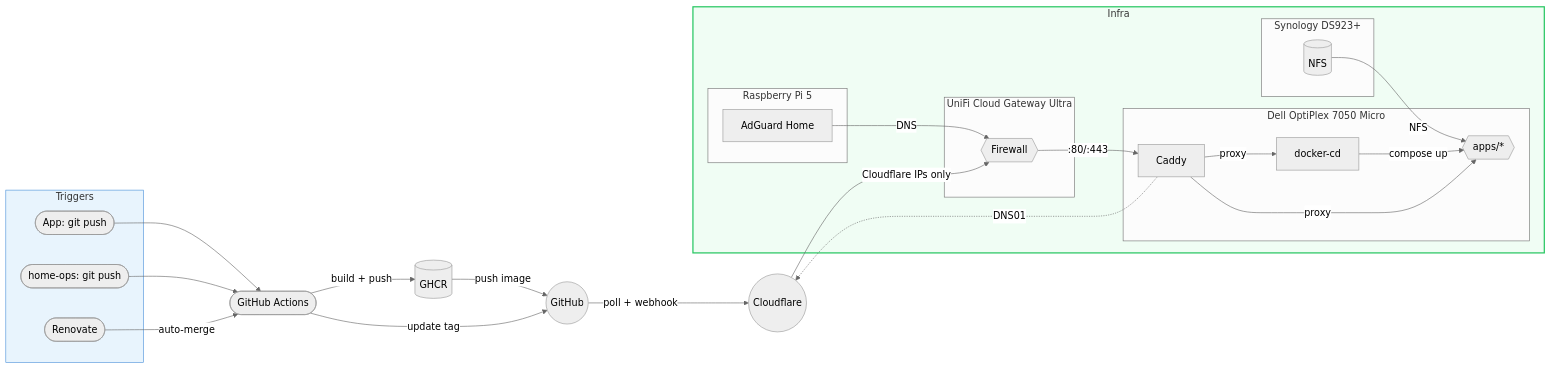
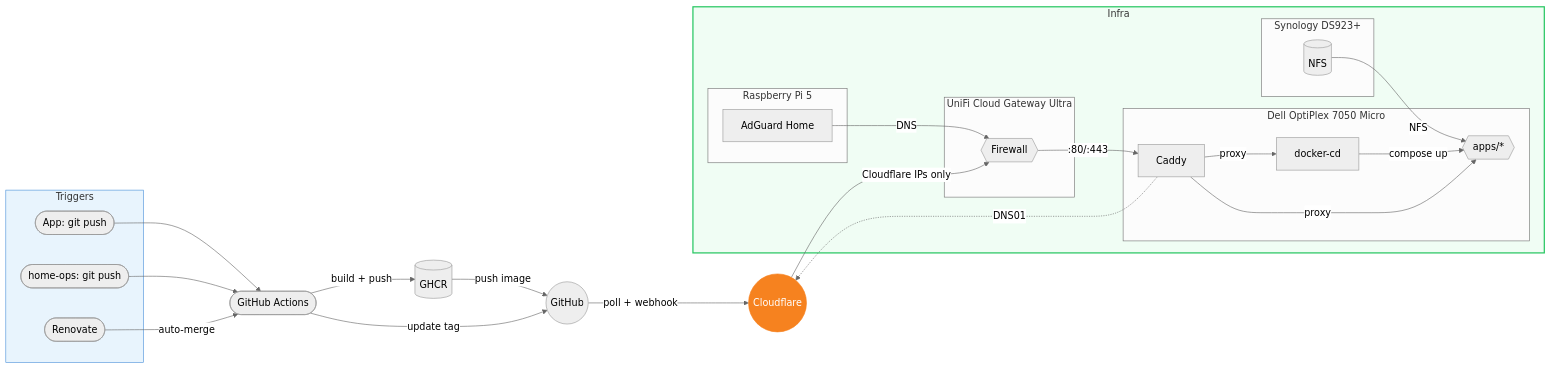
Before and after one commit to wajeht/home-ops: the diagram in README.md, drawn with Mermaid (neutral theme).

Commit message:
docs: improve flowchart styling for better clarity

````diff
--- a/README.md
+++ b/README.md
@@ -16,42 +16,43 @@
 ```mermaid
 flowchart LR
     subgraph triggers[Triggers]
         app_push([App: git push])
         ops_push([home-ops: git push])
         renovate([Renovate])
     end
 
     app_push --> ci([GitHub Actions]) -->|build + push| ghcr[(GHCR)]
     ghcr -->|push image| github((GitHub))
     ci -->|update tag| github
     ops_push --> ci
     renovate -->|auto-merge| ci
     github -->|poll + webhook| cf((Cloudflare)) -->|Cloudflare IPs only| unifi -->|:80/:443| caddy -->|proxy| docker_cd
 
     subgraph infra[Infra]
         subgraph dell[Dell OptiPlex 7050 Micro]
             docker_cd[docker-cd] -->|compose up| apps{{apps/*}}
             caddy[Caddy] -->|proxy| apps
         end
 
         subgraph nas[Synology DS923+]
             nfs[(NFS)]
         end
 
         subgraph ucg[UniFi Cloud Gateway Ultra]
             unifi{{Firewall}}
         end
 
         subgraph pi[Raspberry Pi 5]
             adguard[AdGuard Home]
         end
 
         nfs -->|NFS| apps
         adguard -->|DNS| unifi
     end
 
     caddy -.->|DNS01| cf
 
     style triggers fill:#e8f4fd,stroke:#4a90d9
     style infra fill:#f0fdf4,stroke:#22c55e,stroke-width:2px
+    style cf fill:#f6821f,stroke:#f6821f,color:#fff
 ```
````
